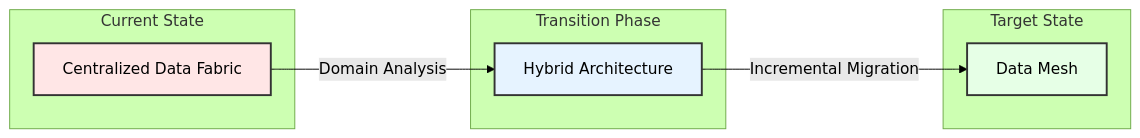
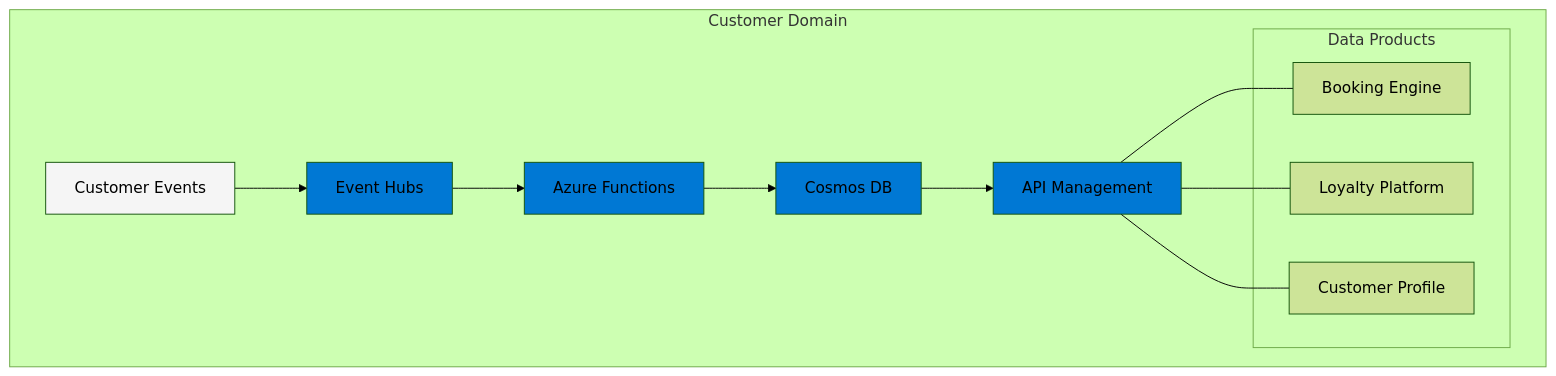
Before and after one commit to data-octo/agentic_ai_research: the third of 6 diagrams in enterprise_data_architecture/chapters/03_data_mesh.md, drawn with Mermaid (forest theme). The commit also changed other lines of this file and 11 other files, not shown here.

````diff
--- a/enterprise_data_architecture/chapters/03_data_mesh.md
+++ b/enterprise_data_architecture/chapters/03_data_mesh.md
@@ -91,21 +79,25 @@
-```mermaid
-graph LR
-    subgraph "Current State"
-        A[Centralized Data Fabric]
-    end
-    
-    subgraph "Transition Phase"
-        B[Hybrid Architecture]
-    end
-    
-    subgraph "Target State"
-        C[Data Mesh]
-    end
-    
-    A -->|Domain Analysis| B
-    B -->|Incremental Migration| C
-    
-    style A fill:#ffe6e6,stroke:#333,stroke-width:2px
-    style B fill:#e6f3ff,stroke:#333,stroke-width:2px
-    style C fill:#e6ffe6,stroke:#333,stroke-width:2px
-```
+  ```mermaid
+  graph TB
+      subgraph "Customer Domain"
+          A[Customer Events] --> B[Event Hubs]
+          B --> C[Azure Functions]
+          C --> D[Cosmos DB]
+          D --> E[API Management]
+          
+          subgraph "Data Products"
+              F[Booking Engine]
+              G[Loyalty Platform]
+              H[Customer Profile]
+          end
+          
+          E --- F
+          E --- G
+          E --- H
+      end
+      
+      style A fill:#f5f5f5
+      style B fill:#0078d4
+      style C fill:#0078d4
+      style D fill:#0078d4
+      style E fill:#0078d4
+  ```
````
